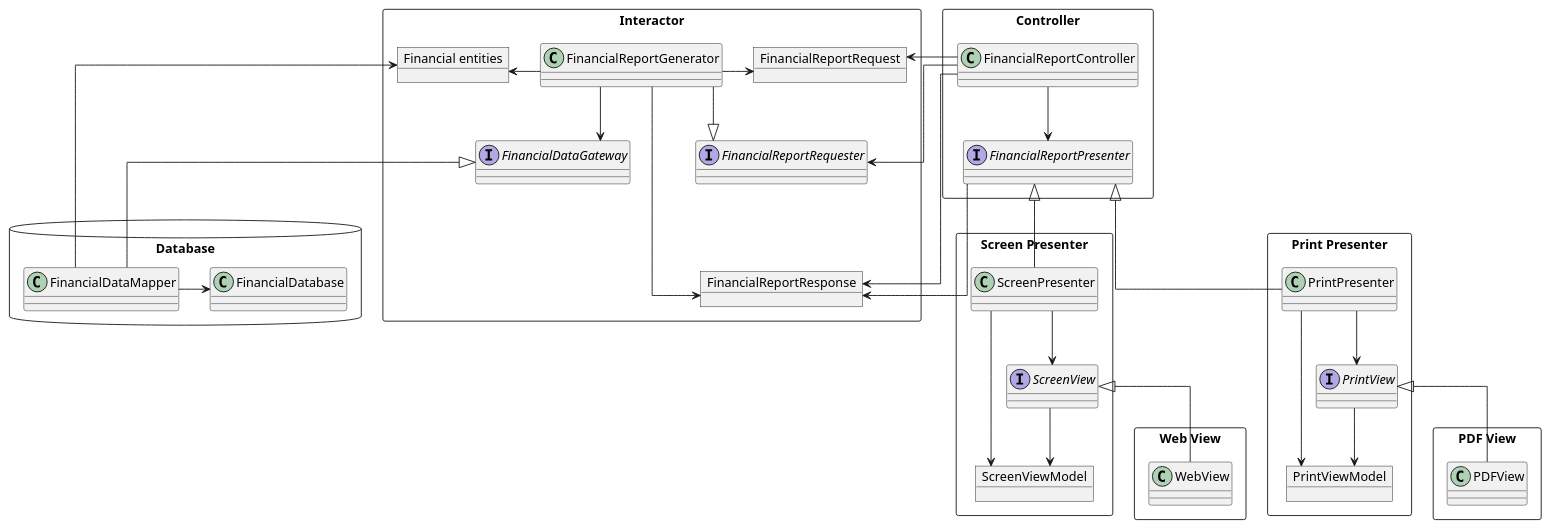
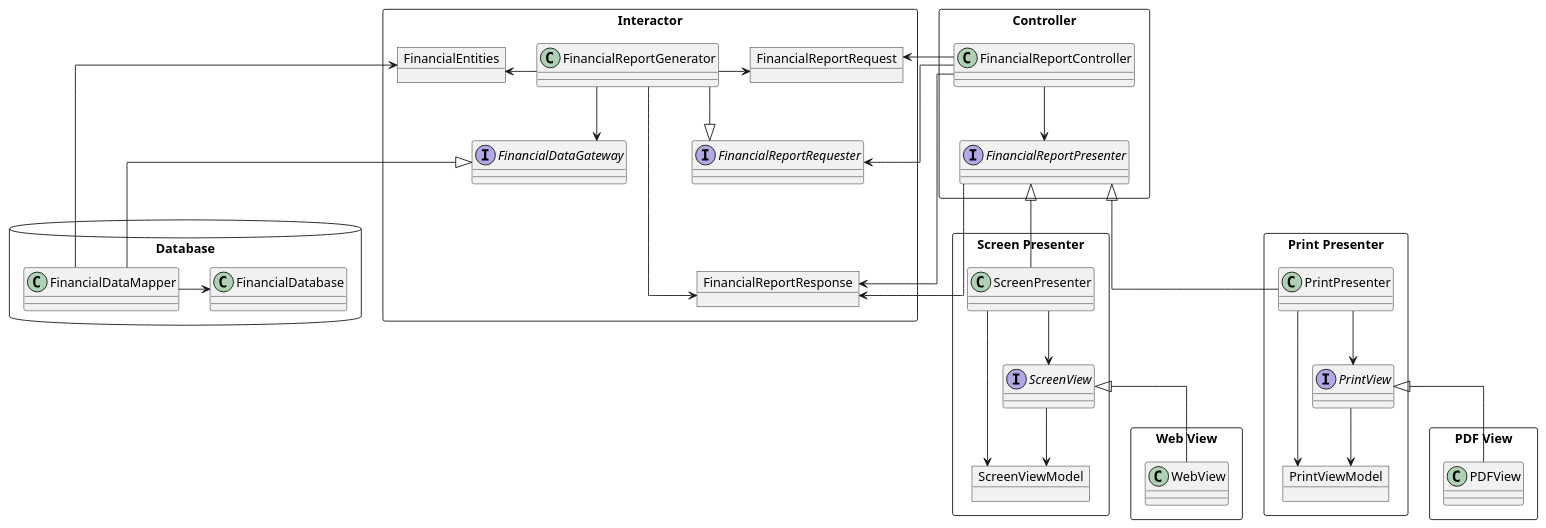
One commit to huland/logseq-notes changed the third of 3 diagrams in pages/Robert C. Martin - Clean Architecture A Craftsman's Guide to Software Structure and Design.md. Above: the diagram before and after it, drawn with PlantUML.

Commit message:
Auto saved by Logseq

```diff
--- a/pages/Robert C. Martin - Clean Architecture A Craftsman's Guide to Software Structure and Design.md
+++ b/pages/Robert C. Martin - Clean Architecture A Craftsman's Guide to Software Structure and Design.md
@@ -203,71 +203,72 @@
 				  @startuml
 				  skinparam linetype ortho
+				  
 				  package Interactor <<Rectangle>> {
 				    object FinancialReportRequest
 				    interface FinancialReportRequester
 				    object FinancialReportResponse
 				    class FinancialReportGenerator
 				    interface FinancialDataGateway
-				    object "Financial entities" as FinancialEntities
+				    object FinancialEntities
 				  }
 				  
 				  FinancialReportRequest -[hidden]d-> FinancialReportRequester
 				  FinancialReportRequester -[hidden]d-> FinancialReportResponse
 				  FinancialReportResponse -[hidden]u-> FinancialReportRequester
 				  
 				  FinancialReportGenerator -[hidden]r-> FinancialReportRequest
 				  FinancialReportGenerator -[hidden]r-> FinancialReportRequester
 				  FinancialReportGenerator -[hidden]r-> FinancialReportResponse
 				  FinancialReportGenerator -[hidden]d-> FinancialDataGateway
 				  FinancialReportGenerator -[hidden]r-> FinancialEntities
 				  
 				  package Controller <<Rectangle>> {
 				    class FinancialReportController 
 				    interface FinancialReportPresenter
 				  }
 				  package Database <<Database>> {
 				    class FinancialDataMapper 
 				    class FinancialDatabase
 				  }
 				  package "Screen Presenter" as ScreenPres <<Rectangle>> {
 				    class ScreenPresenter
 				    object ScreenViewModel
 				    interface ScreenView
 				  }
 				  package "Print Presenter" as PrintPres <<Rectangle>> {
 				    class PrintPresenter
 				    object PrintViewModel
 				    interface PrintView
 				  } 
 				  package "PDF View" as PDFV <<Rectangle>> {
 				    class PDFView
 				  } 
 				  package "Web View" as WebV <<Rectangle>> {
 				    class WebView
 				  } 
 				  
 				  FinancialReportGenerator -l-> FinancialReportRequest
 				  FinancialReportGenerator -r-> FinancialEntities
 				  FinancialReportGenerator -l-> FinancialReportResponse
 				  FinancialReportGenerator -d-> FinancialDataGateway
 				  FinancialReportGenerator -l-|> FinancialReportRequester
 				  FinancialDataMapper -r-> FinancialDatabase
 				  FinancialDataMapper -u-> FinancialEntities
 				  FinancialDataMapper -u-|> FinancialDataGateway
 				  FinancialReportController -d-> FinancialReportPresenter
 				  FinancialReportPresenter -r-> FinancialReportResponse
 				  FinancialReportController -r-> FinancialReportRequest
 				  FinancialReportController -r-> FinancialReportRequester
 				  FinancialReportController -r-> FinancialReportResponse
 				  ScreenPresenter -d-> ScreenView
 				  ScreenView -d-> ScreenViewModel
 				  ScreenPresenter -d-> ScreenViewModel
 				  ScreenPresenter -u-|> FinancialReportPresenter
 				  PrintPresenter -d-> PrintView
 				  PrintView -d-> PrintViewModel
 				  PrintPresenter -d-> PrintViewModel
 				  PrintPresenter -u-|> FinancialReportPresenter
 				  WebView -u-|> ScreenView
 				  PDFView -u-|> PrintView
 				  
 				  @enduml
```
